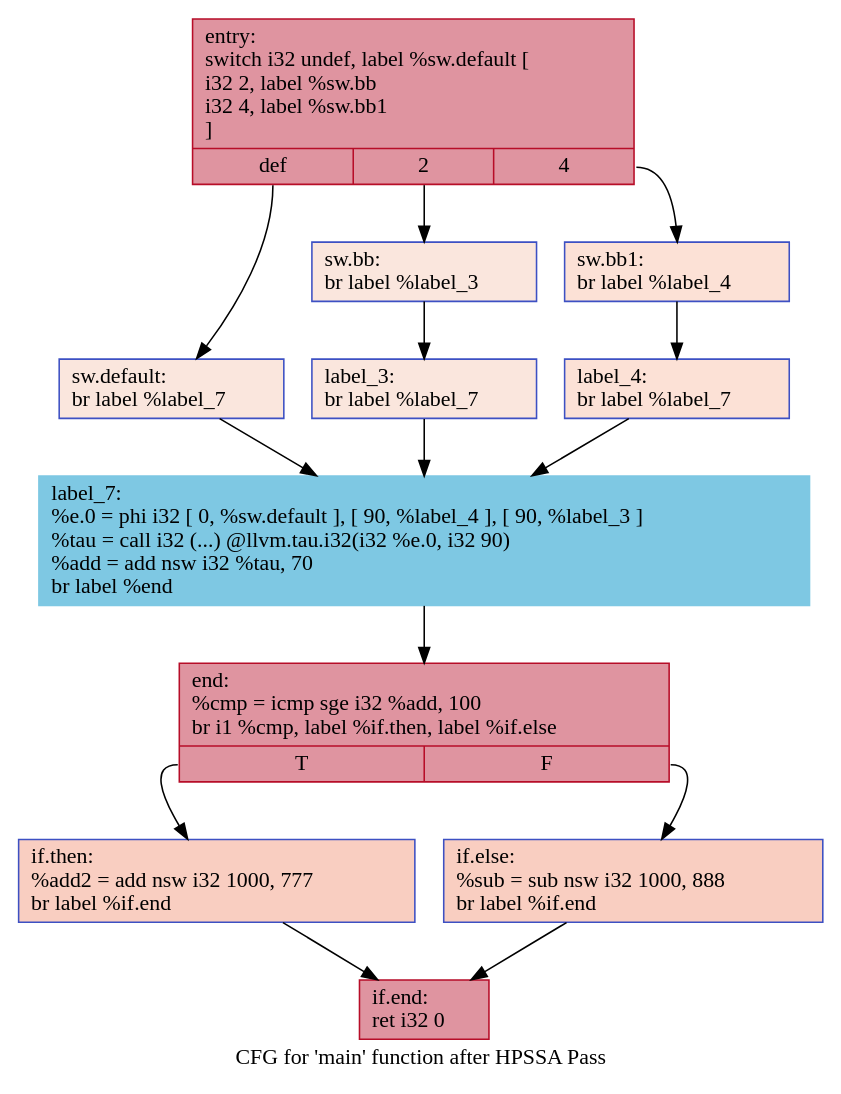
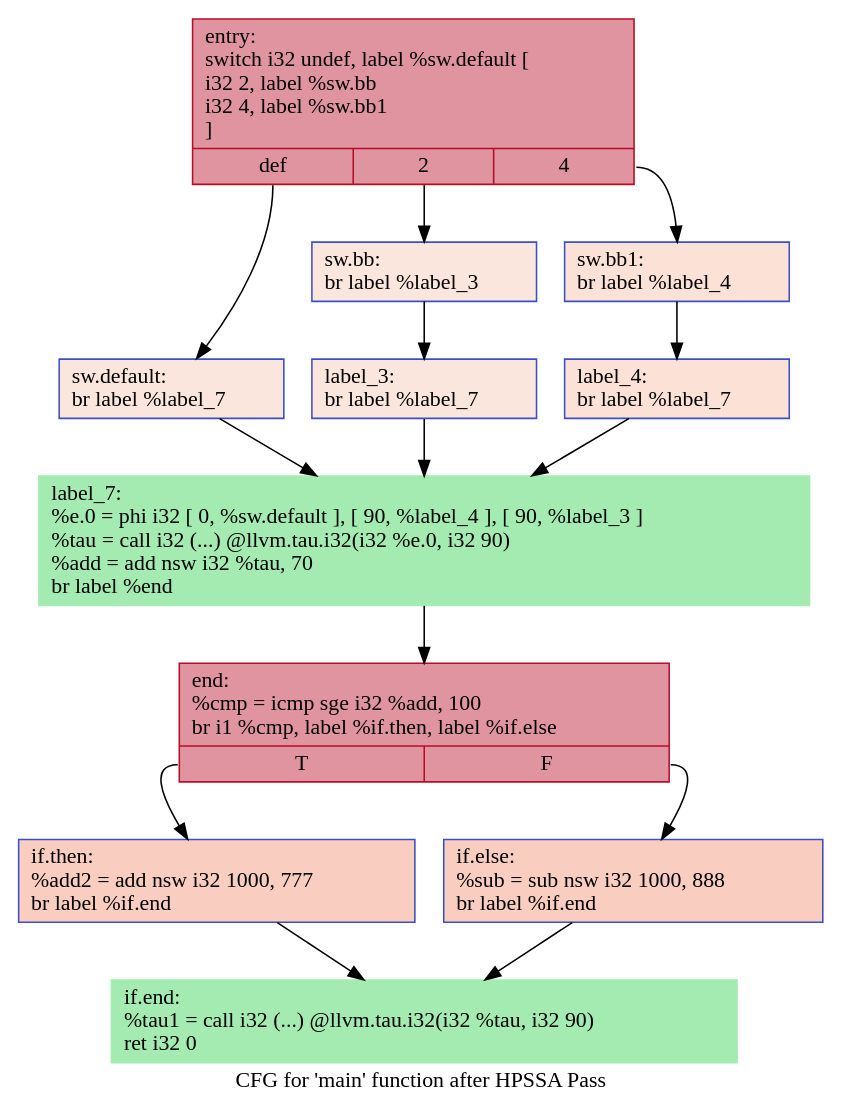
Before and after one commit to HPSSA-LLVM/HPSSA-LLVM: the diagram in IR/cfg/afterHPSSA.dot, drawn with Graphviz. The commit also changed 22 other files, not shown here.

```diff
--- a/IR/cfg/afterHPSSA.dot
+++ b/IR/cfg/afterHPSSA.dot
@@ -1,28 +1,28 @@
 digraph "CFG for 'main' function" {
 	label="CFG for 'main' function after HPSSA Pass";
 
-	Node0x55d9e0c25840 [shape=record,color="#b70d28ff", style=filled, fillcolor="#b70d2870",label="{entry:\l  switch i32 undef, label %sw.default [\l    i32 2, label %sw.bb\l    i32 4, label %sw.bb1\l  ]\l|{<s0>def|<s1>2|<s2>4}}"];
-	Node0x55d9e0c25840:s0 -> Node0x55d9e0c25da0;
-	Node0x55d9e0c25840:s1 -> Node0x55d9e0c25e20;
-	Node0x55d9e0c25840:s2 -> Node0x55d9e0c25ec0;
-	Node0x55d9e0c25e20 [shape=record,color="#3d50c3ff", style=filled, fillcolor="#f3c7b170",label="{sw.bb:                                            \l  br label %label_3\l}"];
-	Node0x55d9e0c25e20 -> Node0x55d9e0c26050;
-	Node0x55d9e0c25ec0 [shape=record,color="#3d50c3ff", style=filled, fillcolor="#f7bca170",label="{sw.bb1:                                           \l  br label %label_4\l}"];
-	Node0x55d9e0c25ec0 -> Node0x55d9e0c26130;
-	Node0x55d9e0c25da0 [shape=record,color="#3d50c3ff", style=filled, fillcolor="#f3c7b170",label="{sw.default:                                       \l  br label %label_7\l}"];
-	Node0x55d9e0c25da0 -> Node0x55d9e0c26210;
-	Node0x55d9e0c26050 [shape=record,color="#3d50c3ff", style=filled, fillcolor="#f3c7b170",label="{label_3:                                          \l  br label %label_7\l}"];
-	Node0x55d9e0c26050 -> Node0x55d9e0c26210;
-	Node0x55d9e0c26130 [shape=record,color="#3d50c3ff", style=filled, fillcolor="#f7bca170",label="{label_4:                                          \l  br label %label_7\l}"];
-	Node0x55d9e0c26130 -> Node0x55d9e0c26210;
-	Node0x55d9e0c26210 [shape=record,color="#7EC8E3", style=filled, fillcolor="#7EC8E3",label="{label_7:                                          \l  %e.0 = phi i32 [ 0, %sw.default ], [ 90, %label_4 ], [ 90, %label_3 ]\l  %tau = call i32 (...) @llvm.tau.i32(i32 %e.0, i32 90)\l  %add = add nsw i32 %tau, 70\l  br label %end\l}"];
-	Node0x55d9e0c26210 -> Node0x55d9e0c267c0;
-	Node0x55d9e0c267c0 [shape=record,color="#b70d28ff", style=filled, fillcolor="#b70d2870",label="{end:                                              \l  %cmp = icmp sge i32 %add, 100\l  br i1 %cmp, label %if.then, label %if.else\l|{<s0>T|<s1>F}}"];
-	Node0x55d9e0c267c0:s0 -> Node0x55d9e0c26980;
-	Node0x55d9e0c267c0:s1 -> Node0x55d9e0c26b90;
-	Node0x55d9e0c26980 [shape=record,color="#3d50c3ff", style=filled, fillcolor="#f2907270",label="{if.then:                                          \l  %add2 = add nsw i32 1000, 777\l  br label %if.end\l}"];
-	Node0x55d9e0c26980 -> Node0x55d9e0c26dc0;
-	Node0x55d9e0c26b90 [shape=record,color="#3d50c3ff", style=filled, fillcolor="#f2907270",label="{if.else:                                          \l  %sub = sub nsw i32 1000, 888\l  br label %if.end\l}"];
-	Node0x55d9e0c26b90 -> Node0x55d9e0c26dc0;
-	Node0x55d9e0c26dc0 [shape=record,color="#b70d28ff", style=filled, fillcolor="#b70d2870",label="{if.end:                                           \l  ret i32 0\l}"];
+	Node0x55d1094fe880 [shape=record,color="#b70d28ff", style=filled, fillcolor="#b70d2870",label="{entry:\l  switch i32 undef, label %sw.default [\l    i32 2, label %sw.bb\l    i32 4, label %sw.bb1\l  ]\l|{<s0>def|<s1>2|<s2>4}}"];
+	Node0x55d1094fe880:s0 -> Node0x55d1094fede0;
+	Node0x55d1094fe880:s1 -> Node0x55d1094fee60;
+	Node0x55d1094fe880:s2 -> Node0x55d1094fef00;
+	Node0x55d1094fee60 [shape=record,color="#3d50c3ff", style=filled, fillcolor="#f3c7b170",label="{sw.bb:                                            \l  br label %label_3\l}"];
+	Node0x55d1094fee60 -> Node0x55d1094ff090;
+	Node0x55d1094fef00 [shape=record,color="#3d50c3ff", style=filled, fillcolor="#f7bca170",label="{sw.bb1:                                           \l  br label %label_4\l}"];
+	Node0x55d1094fef00 -> Node0x55d1094ff170;
+	Node0x55d1094fede0 [shape=record,color="#3d50c3ff", style=filled, fillcolor="#f3c7b170",label="{sw.default:                                       \l  br label %label_7\l}"];
+	Node0x55d1094fede0 -> Node0x55d1094ff250;
+	Node0x55d1094ff090 [shape=record,color="#3d50c3ff", style=filled, fillcolor="#f3c7b170",label="{label_3:                                          \l  br label %label_7\l}"];
+	Node0x55d1094ff090 -> Node0x55d1094ff250;
+	Node0x55d1094ff170 [shape=record,color="#3d50c3ff", style=filled, fillcolor="#f7bca170",label="{label_4:                                          \l  br label %label_7\l}"];
+	Node0x55d1094ff170 -> Node0x55d1094ff250;
+	Node0x55d1094ff250 [shape=record,color="#A3EBB1", style=filled, fillcolor="#A3EBB1",label="{label_7:                                          \l  %e.0 = phi i32 [ 0, %sw.default ], [ 90, %label_4 ], [ 90, %label_3 ]\l  %tau = call i32 (...) @llvm.tau.i32(i32 %e.0, i32 90)\l  %add = add nsw i32 %tau, 70\l  br label %end\l}"];
+	Node0x55d1094ff250 -> Node0x55d1094ff800;
+	Node0x55d1094ff800 [shape=record,color="#b70d28ff", style=filled, fillcolor="#b70d2870",label="{end:                                              \l  %cmp = icmp sge i32 %add, 100\l  br i1 %cmp, label %if.then, label %if.else\l|{<s0>T|<s1>F}}"];
+	Node0x55d1094ff800:s0 -> Node0x55d1094ff9c0;
+	Node0x55d1094ff800:s1 -> Node0x55d1094ffbd0;
+	Node0x55d1094ff9c0 [shape=record,color="#3d50c3ff", style=filled, fillcolor="#f2907270",label="{if.then:                                          \l  %add2 = add nsw i32 1000, 777\l  br label %if.end\l}"];
+	Node0x55d1094ff9c0 -> Node0x55d1094ffe00;
+	Node0x55d1094ffbd0 [shape=record,color="#3d50c3ff", style=filled, fillcolor="#f2907270",label="{if.else:                                          \l  %sub = sub nsw i32 1000, 888\l  br label %if.end\l}"];
+	Node0x55d1094ffbd0 -> Node0x55d1094ffe00;
+	Node0x55d1094ffe00 [shape=record,color="#A3EBB1", style=filled, fillcolor="#A3EBB1",label="{if.end:                                           \l  %tau1 = call i32 (...) @llvm.tau.i32(i32 %tau, i32 90)\l  ret i32 0\l}"];
 }
```
